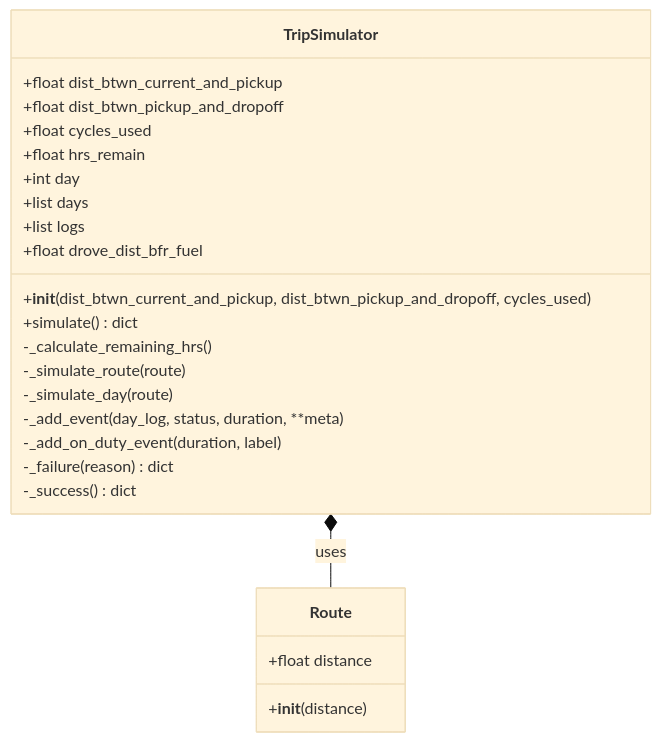
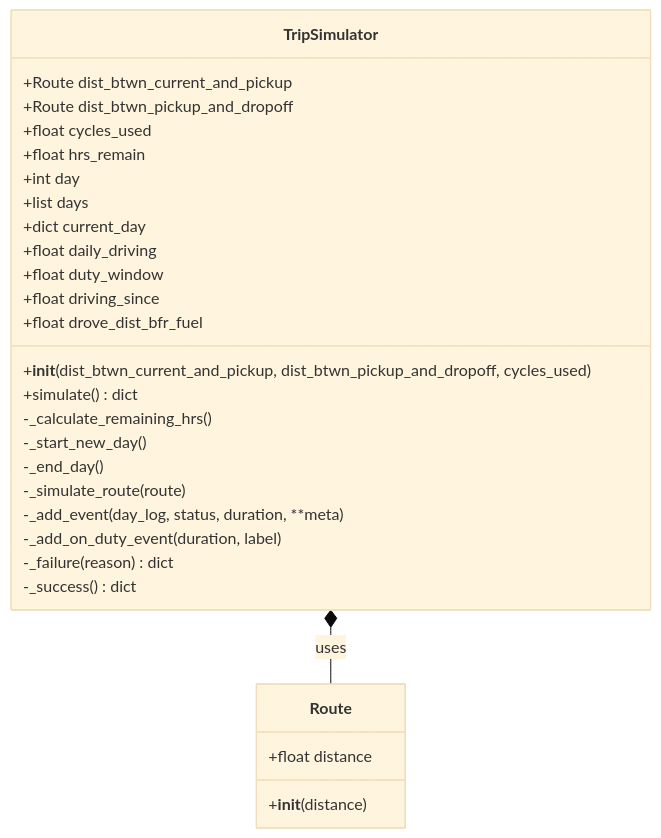
Before and after one commit to XZANATOL-Projects-Archive/hos-eld-simulator: the second of 2 diagrams in hos-eld-trip-planner/readme.md, drawn with Mermaid (base theme). The commit also changed 1 other file, not shown here.

````diff
--- a/hos-eld-trip-planner/readme.md
+++ b/hos-eld-trip-planner/readme.md
@@ -100,30 +100,34 @@
 ```mermaid
 classDiagram
     class TripSimulator {
-        +float dist_btwn_current_and_pickup
-        +float dist_btwn_pickup_and_dropoff
+        +Route dist_btwn_current_and_pickup
+        +Route dist_btwn_pickup_and_dropoff
         +float cycles_used
         +float hrs_remain
         +int day
         +list days
-        +list logs
+        +dict current_day
+        +float daily_driving
+        +float duty_window
+        +float driving_since
         +float drove_dist_bfr_fuel
         
         +__init__(dist_btwn_current_and_pickup, dist_btwn_pickup_and_dropoff, cycles_used)
         +simulate() dict
         -_calculate_remaining_hrs()
+        -_start_new_day()
+        -_end_day()
         -_simulate_route(route)
-        -_simulate_day(route)
         -_add_event(day_log, status, duration, **meta)
         -_add_on_duty_event(duration, label)
         -_failure(reason) dict
         -_success() dict
     }
 
     class Route {
         +float distance
         +__init__(distance)
     }
 
     TripSimulator *-- Route : uses
 ```
````
